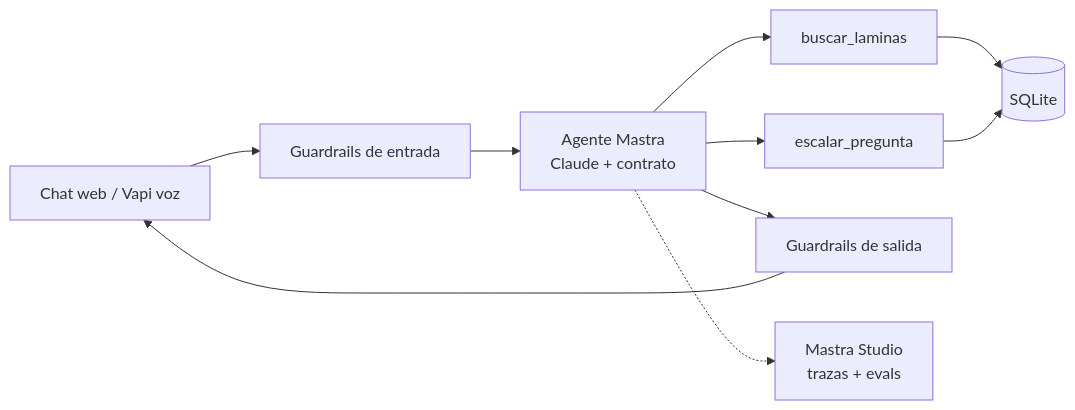
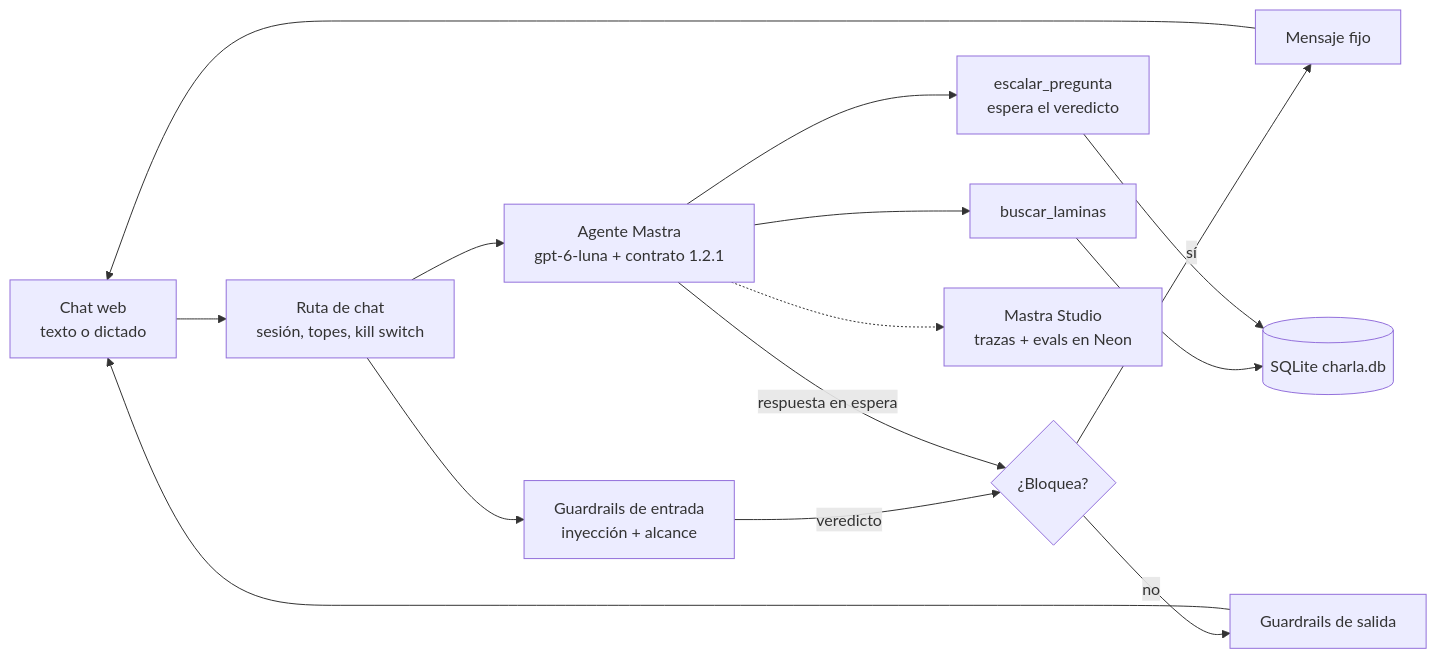
One commit to camarj/agentes-en-produccion-charla changed the second of 2 diagrams in PRD · Agente demo «Cómo lograr que tus agentes sobrevivan a producción».md. Above: the diagram before and after it, drawn with Mermaid. The commit also changed other lines of this file, not shown here.

````diff
--- a/PRD · Agente demo «Cómo lograr que tus agentes sobrevivan a producción».md
+++ b/PRD · Agente demo «Cómo lograr que tus agentes sobrevivan a producción».md
@@ -254,12 +300,17 @@
 ```mermaid
 flowchart LR
-  U[Chat web / Vapi voz] --> G[Guardrails de entrada]
-  G --> A[Agente Mastra<br/>Claude + contrato]
+  U[Chat web<br/>texto o dictado] --> R[Ruta de chat<br/>sesión, topes, kill switch]
+  R --> G[Guardrails de entrada<br/>inyección + alcance]
+  R --> A[Agente Mastra<br/>gpt-6-luna + contrato 1.2.1]
+  G -- veredicto --> V{¿Bloquea?}
+  A -- respuesta en espera --> V
+  V -- sí --> M[Mensaje fijo]
+  V -- no --> O[Guardrails de salida]
   A --> T1[buscar_laminas]
-  A --> T2[escalar_pregunta]
-  A --> O[Guardrails de salida]
+  A --> T2[escalar_pregunta<br/>espera el veredicto]
+  T1 --> D[(SQLite charla.db)]
+  T2 --> D
   O --> U
-  T1 --> D[(SQLite)]
-  T2 --> D
-  A -.-> S[Mastra Studio<br/>trazas + evals]
+  M --> U
+  A -.-> S[Mastra Studio<br/>trazas + evals en Neon]
 ```
````
